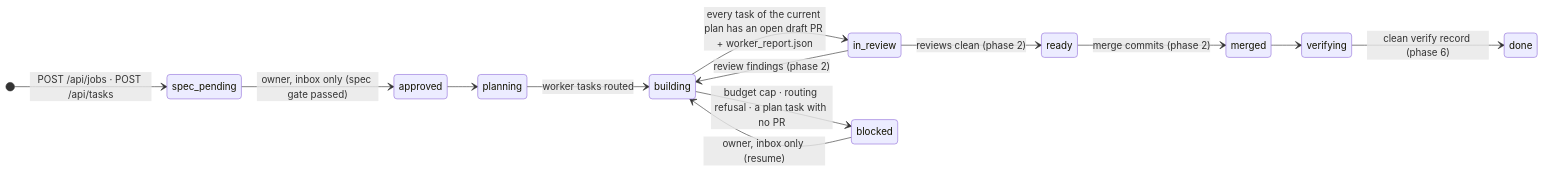
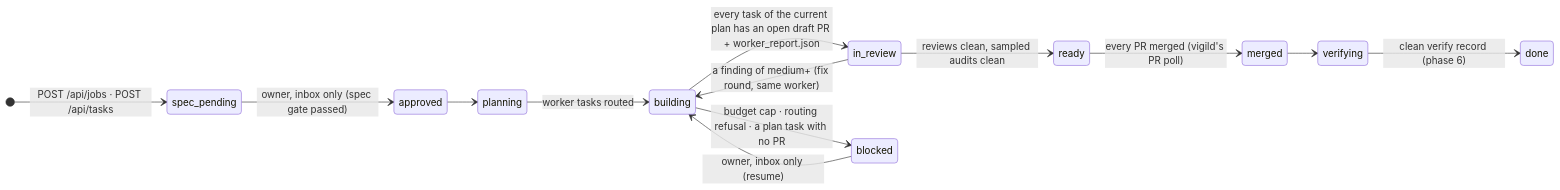
The second of 3 diagrams in docs/architecture.md (alienvisitor8675-bit/vigil), drawn with Mermaid before and after one commit. The commit also changed other lines of this file and 128 other files, not shown here.

````diff
--- a/docs/architecture.md
+++ b/docs/architecture.md
@@ -193,16 +212,16 @@
 ```mermaid
 stateDiagram-v2
   direction LR
   [*] --> spec_pending: POST /api/jobs · POST /api/tasks
   spec_pending --> approved: owner, inbox only (spec gate passed)
   approved --> planning
   planning --> building: worker tasks routed
   building --> in_review: every task of the current plan has an open draft PR + worker_report.json
-  in_review --> building: review findings (phase 2)
-  in_review --> ready: reviews clean (phase 2)
-  ready --> merged: merge commits (phase 2)
+  in_review --> building: a finding of medium+ (fix round, same worker)
+  in_review --> ready: reviews clean, sampled audits clean
+  ready --> merged: every PR merged (vigild's PR poll)
   merged --> verifying
   verifying --> done: clean verify record (phase 6)
   building --> blocked: budget cap · routing refusal · a plan task with no PR
   blocked --> building: owner, inbox only (resume)
 ```
````
